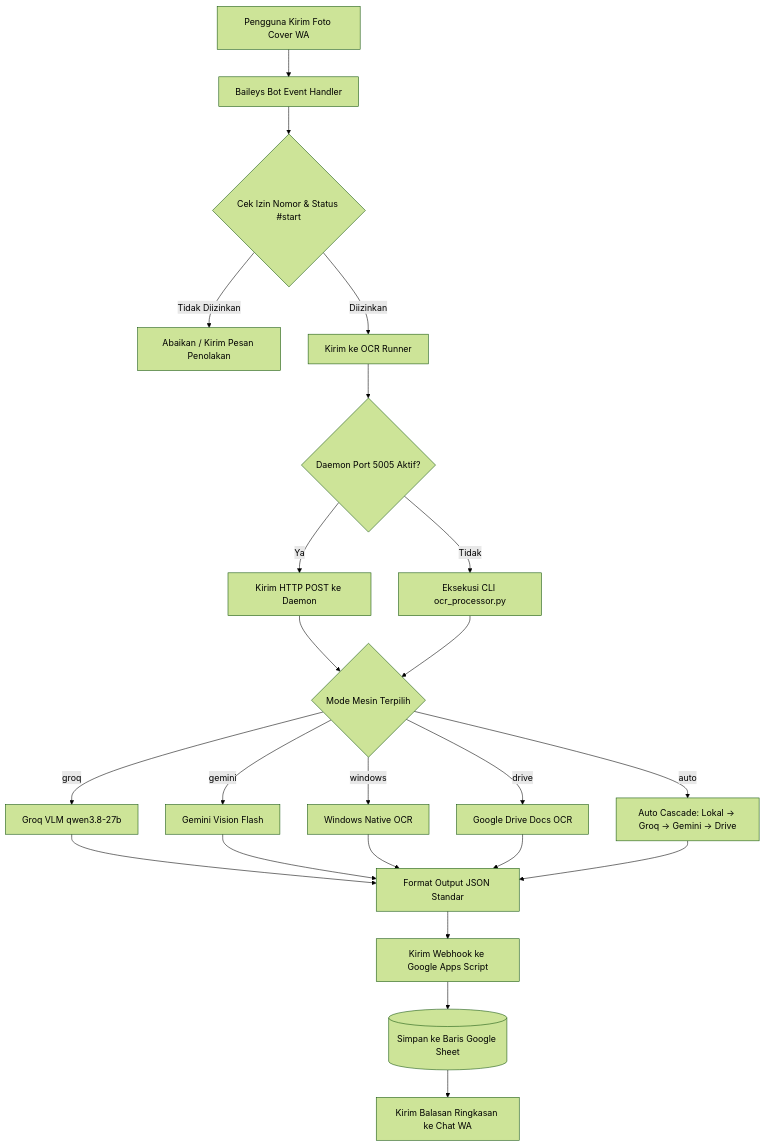
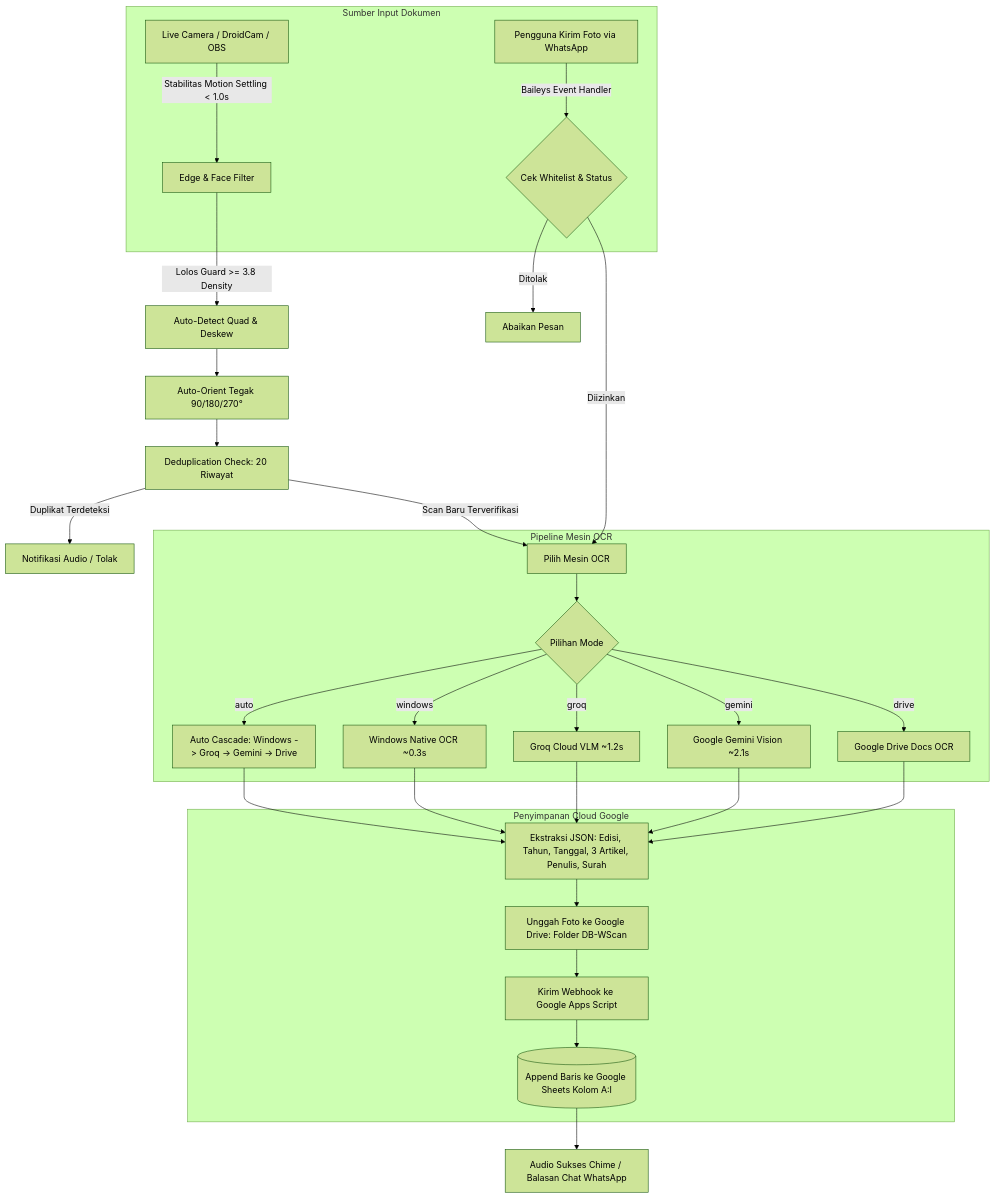
The diagram in README.md (SepTGut/WScaner), drawn with Mermaid (forest theme) before and after one commit. The commit also changed other lines of this file and 6 other files, not shown here.

Commit message:
docs: update README and add Google Sheet maintenance and cleaning tools

````diff
--- a/README.md
+++ b/README.md
@@ -57,25 +76,39 @@
 ```mermaid
 flowchart TD
-    A[Pengguna Kirim Foto Cover WA] --> B[Baileys Bot Event Handler]
-    B --> C{Cek Izin Nomor & Status #start}
-    C -- Tidak Diizinkan --> D[Abaikan / Kirim Pesan Penolakan]
-    C -- Diizinkan --> E[Kirim ke OCR Runner]
-    E --> F{Daemon Port 5005 Aktif?}
-    F -- Ya --> G[Kirim HTTP POST ke Daemon]
-    F -- Tidak --> H[Eksekusi CLI ocr_processor.py]
-    G --> I{Mode Mesin Terpilih}
-    H --> I
-    I -- groq --> J[Groq VLM qwen3.8-27b]
-    I -- gemini --> K[Gemini Vision Flash]
-    I -- windows --> L[Windows Native OCR]
-    I -- drive --> M[Google Drive Docs OCR]
-    I -- auto --> N[Auto Cascade: Lokal -> Groq -> Gemini -> Drive]
-    J --> O[Format Output JSON Standar]
-    K --> O
-    L --> O
-    M --> O
-    N --> O
-    O --> P[Kirim Webhook ke Google Apps Script]
-    P --> Q[(Simpan ke Baris Google Sheet)]
-    Q --> R[Kirim Balasan Ringkasan ke Chat WA]
+    subgraph INPUT["Sumber Input Dokumen"]
+        A1[Live Camera / DroidCam / OBS] -->|Stabilitas Motion Settling < 1.0s| B1[Edge & Face Filter]
+        A2[Pengguna Kirim Foto via WhatsApp] -->|Baileys Event Handler| B2{Cek Whitelist & Status}
+    end
+
+    B1 -->|Lolos Guard >= 3.8 Density| C1[Auto-Detect Quad & Deskew]
+    C1 --> C2[Auto-Orient Tegak 90/180/270°]
+    C2 --> D[Deduplication Check: 20 Riwayat]
+    D -- Duplikat Terdeteksi --> E1[Notifikasi Audio / Tolak]
+    D -- Scan Baru Terverifikasi --> F[Pilih Mesin OCR]
+
+    B2 -- Ditolak --> E2[Abaikan Pesan]
+    B2 -- Diizinkan --> F
+
+    subgraph ENGINES["Pipeline Mesin OCR"]
+        F --> G{Pilihan Mode}
+        G -- auto --> H[Auto Cascade: Windows -> Groq -> Gemini -> Drive]
+        G -- windows --> I[Windows Native OCR ~0.3s]
+        G -- groq --> J[Groq Cloud VLM ~1.2s]
+        G -- gemini --> K[Google Gemini Vision ~2.1s]
+        G -- drive --> L[Google Drive Docs OCR]
+    end
+
+    H --> M[Ekstraksi JSON: Edisi, Tahun, Tanggal, 3 Artikel, Penulis, Surah]
+    I --> M
+    J --> M
+    K --> M
+    L --> M
+
+    subgraph STORAGE["Penyimpanan Cloud Google"]
+        M --> N[Unggah Foto ke Google Drive: Folder DB-WScan]
+        N --> O[Kirim Webhook ke Google Apps Script]
+        O --> P[(Append Baris ke Google Sheets Kolom A:I)]
+    end
+
+    P --> Q[Audio Sukses Chime / Balasan Chat WhatsApp]
 ```
````
